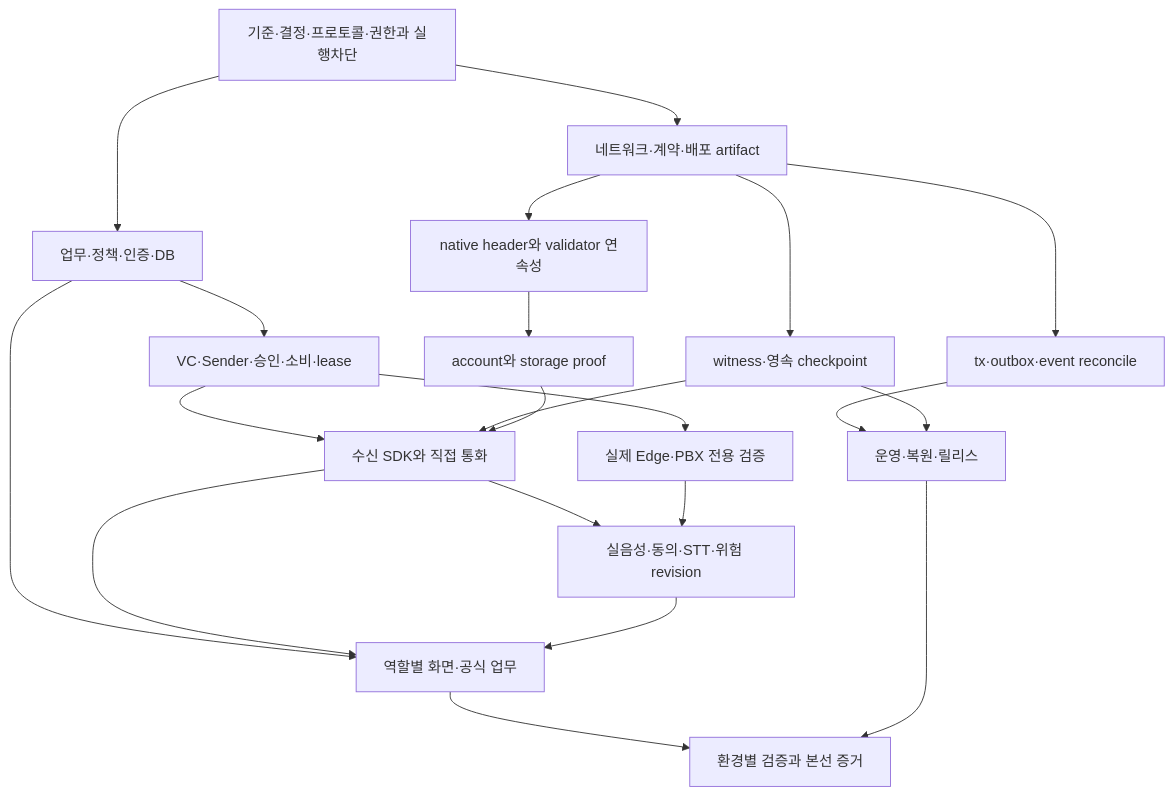
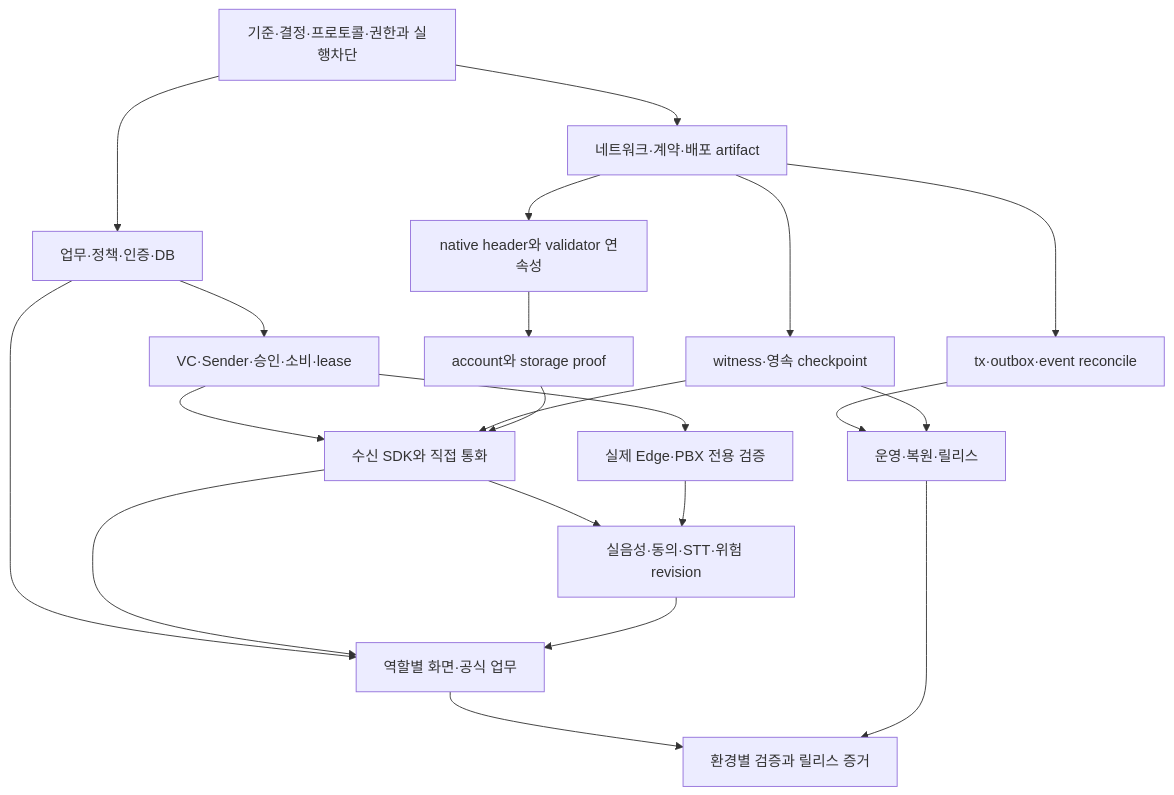
Before and after one commit to 0u-Y/CallSign: the fifth of 7 diagrams in docs/MASTER-DEVELOPMENT-SPEC.md, drawn with Mermaid. The commit also changed other lines of this file and 17 other files, not shown here.

````diff
--- a/docs/MASTER-DEVELOPMENT-SPEC.md
+++ b/docs/MASTER-DEVELOPMENT-SPEC.md
@@ -1360,23 +1362,23 @@
 ```mermaid
 flowchart TD
   P0[기준·결정·프로토콜·권한과 실행차단] --> B[업무·정책·인증·DB]
   P0 --> C[네트워크·계약·배포 artifact]
   B --> A[VC·Sender·승인·소비·lease]
   C --> L[tx·outbox·event reconcile]
   C --> W[witness·영속 checkpoint]
   C --> N[native header와 validator 연속성]
   N --> NS[account와 storage proof]
   A --> R[수신 SDK와 직접 통화]
   W --> R
   NS --> R
   A --> PB[실제 Edge·PBX 전용 검증]
   R --> AI[실음성·동의·STT·위험 revision]
   PB --> AI
   B --> UI[역할별 화면·공식 업무]
   R --> UI
   AI --> UI
   L --> O[운영·복원·릴리스]
   W --> O
-  UI --> V[환경별 검증과 본선 증거]
+  UI --> V[환경별 검증과 릴리스 증거]
   O --> V
 ```
````
